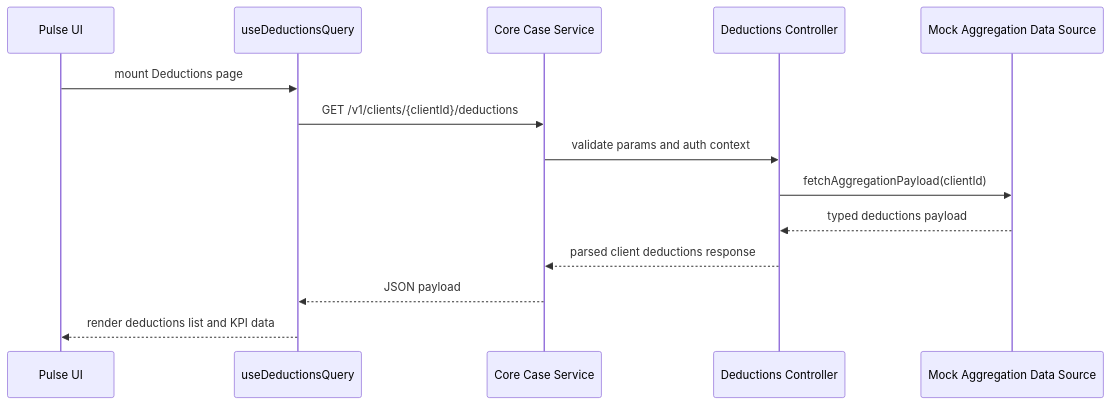
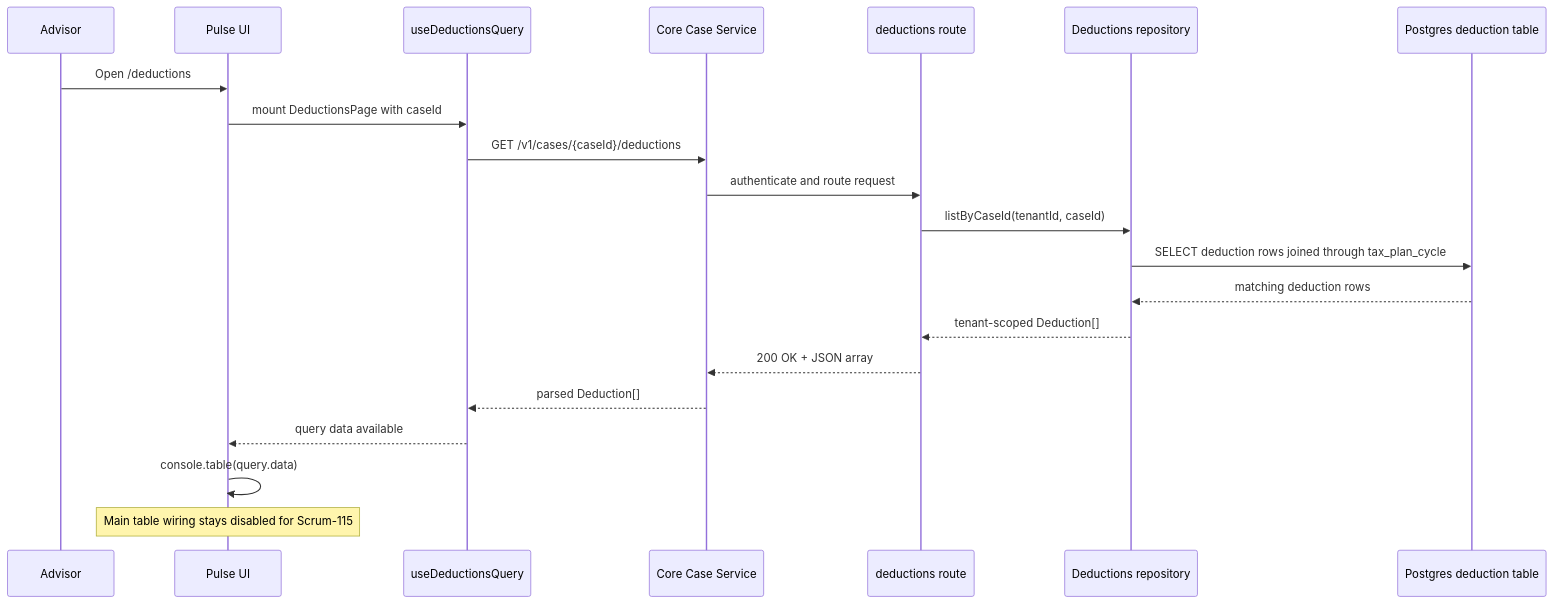
One commit to Topher05/tax-pulse-project-1 changed the seventh of 7 diagrams in planning/team/cl-ticket-journal.md. Above: the diagram before and after it, drawn with Mermaid. The commit also changed other lines of this file and 14 other files, not shown here.

````diff
--- a/planning/team/cl-ticket-journal.md
+++ b/planning/team/cl-ticket-journal.md
@@ -885,17 +887,24 @@
 ```mermaid
 sequenceDiagram
+    participant Advisor
     participant UI as Pulse UI
     participant Query as useDeductionsQuery
     participant API as Core Case Service
-    participant Controller as Deductions Controller
-    participant Store as Mock Aggregation Data Source
+    participant Route as deductions route
+    participant Repo as Deductions repository
+    participant DB as Postgres deduction table
 
-    UI->>Query: mount Deductions page
-    Query->>API: GET /v1/clients/{clientId}/deductions
-    API->>Controller: validate params and auth context
-    Controller->>Store: fetchAggregationPayload(clientId)
-    Store-->>Controller: typed deductions payload
-    Controller-->>API: parsed client deductions response
-    API-->>Query: JSON payload
-    Query-->>UI: render deductions list and KPI data
+    Advisor->>UI: Open /deductions
+    UI->>Query: mount DeductionsPage with caseId
+    Query->>API: GET /v1/cases/{caseId}/deductions
+    API->>Route: authenticate and route request
+    Route->>Repo: listByCaseId(tenantId, caseId)
+    Repo->>DB: SELECT deduction rows joined through tax_plan_cycle
+    DB-->>Repo: matching deduction rows
+    Repo-->>Route: tenant-scoped Deduction[]
+    Route-->>API: 200 OK + JSON array
+    API-->>Query: parsed Deduction[]
+    Query-->>UI: query data available
+    UI->>UI: console.table(query.data)
+    Note over UI: Main table wiring stays disabled for Scrum-115
 ```
````
